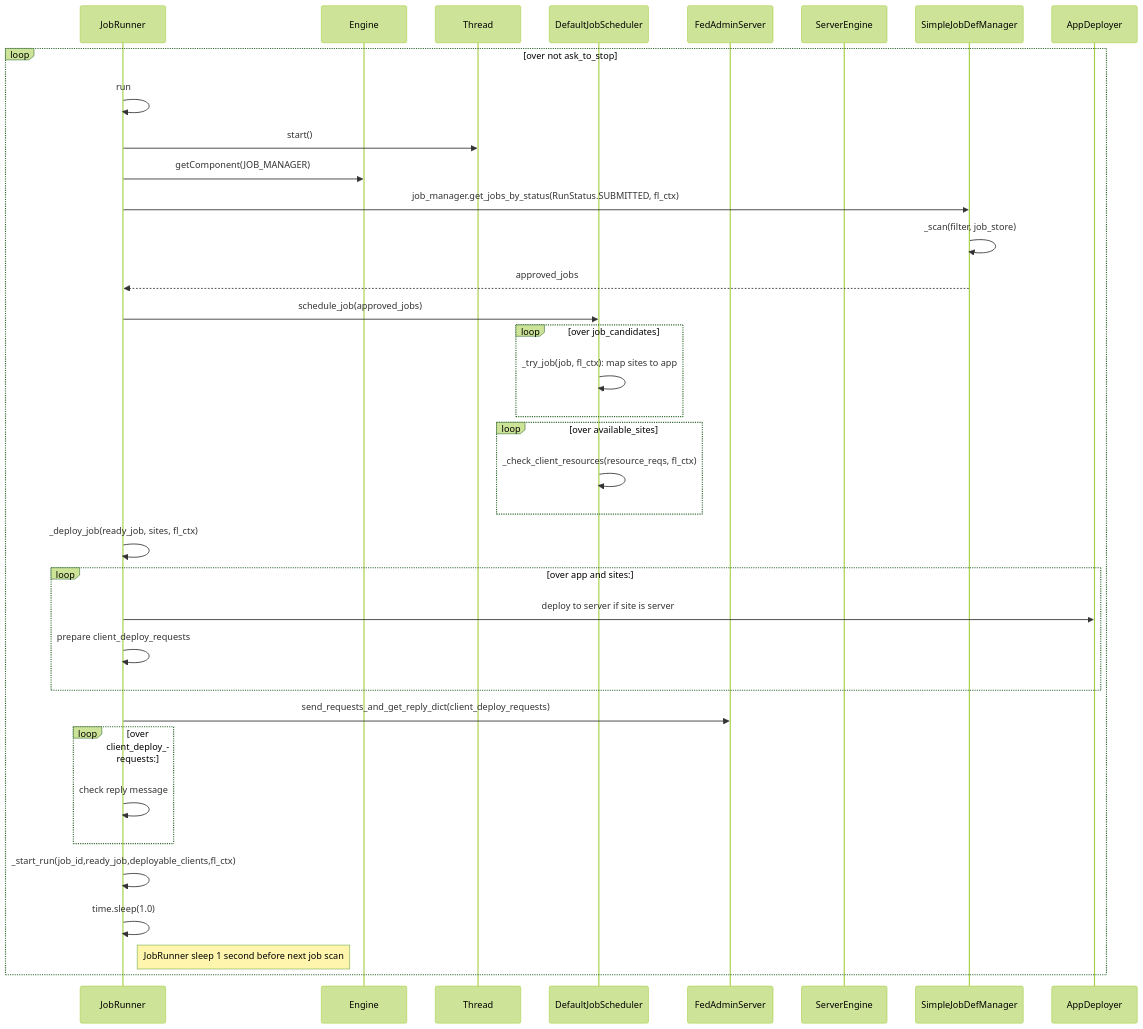
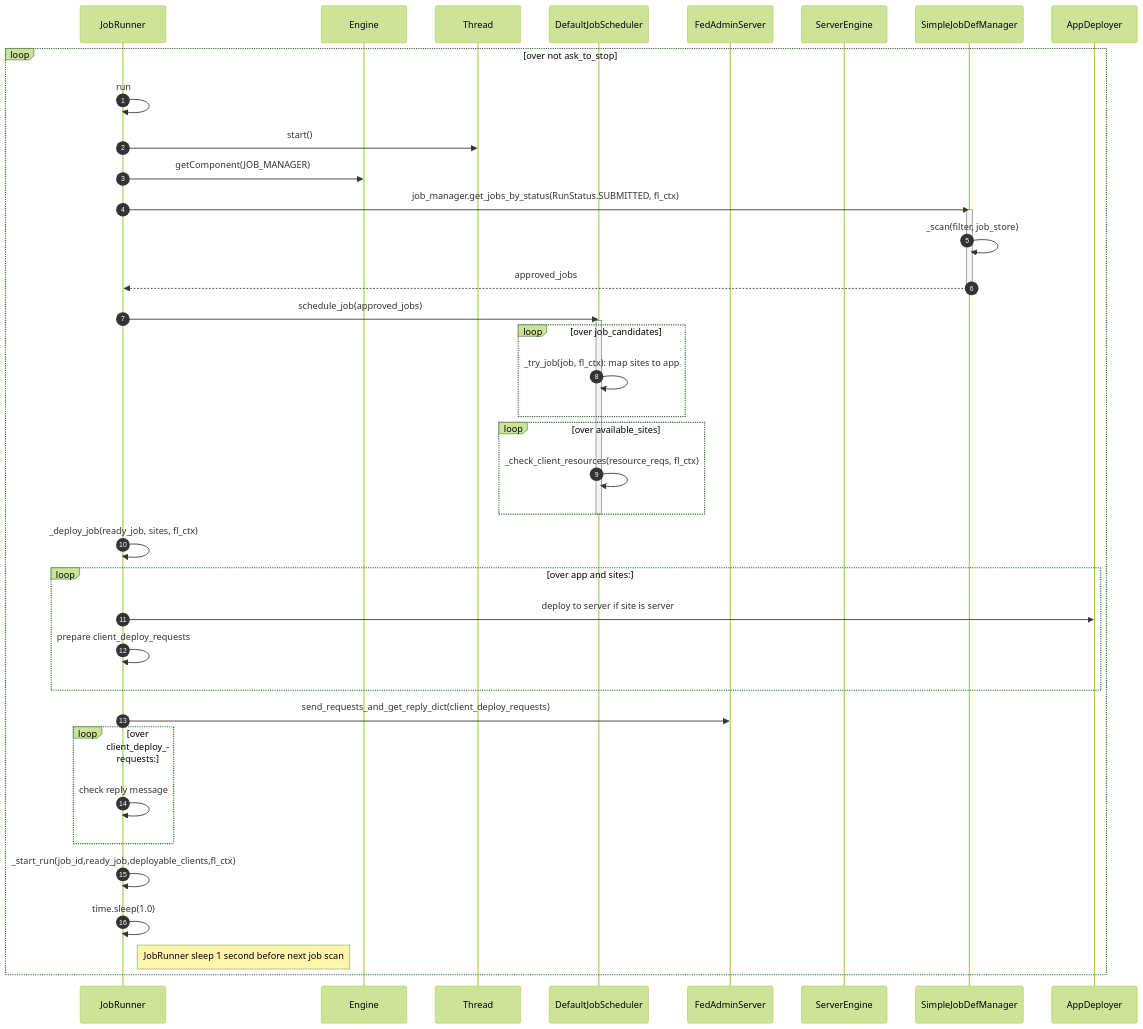
One commit to hitesh-ag1/NVFlare changed the eighth of 16 diagrams in docs/system_state_and_flow/system_workflow.md. Above: the diagram before and after it, drawn with Mermaid (forest theme). The commit also changed other lines of this file, not shown here.

````diff
--- a/docs/system_state_and_flow/system_workflow.md
+++ b/docs/system_state_and_flow/system_workflow.md
@@ -223,42 +245,48 @@
 ```mermaid
 sequenceDiagram
+    autonumber
     participant JobRunner
     participant Engine
     participant Thread
     participant DefaultJobScheduler
     participant FedAdminServer
     participant ServerEngine
     
     loop over not ask_to_stop
         JobRunner ->> JobRunner : run
         JobRunner ->> Thread : start()
         JobRunner ->> Engine : getComponent(JOB_MANAGER)
         JobRunner ->> SimpleJobDefManager: job_manager.get_jobs_by_status(RunStatus.SUBMITTED, fl_ctx)
+        activate SimpleJobDefManager
         SimpleJobDefManager ->> SimpleJobDefManager: _scan(filter, job_store)
         SimpleJobDefManager -->> JobRunner: approved_jobs
+        deactivate SimpleJobDefManager
+        
         JobRunner ->> DefaultJobScheduler: schedule_job(approved_jobs)
+        activate DefaultJobScheduler
         loop over job_candidates
             DefaultJobScheduler ->> DefaultJobScheduler: _try_job(job, fl_ctx): map sites to app; 
         end
         loop over available_sites
             DefaultJobScheduler ->> DefaultJobScheduler: _check_client_resources(resource_reqs, fl_ctx)
         end 
+        deactivate DefaultJobScheduler
         
         JobRunner ->> JobRunner: _deploy_job(ready_job, sites, fl_ctx)
         loop over app and sites: 
             JobRunner ->> AppDeployer: deploy to server if site is server 
             JobRunner ->> JobRunner: prepare client_deploy_requests
         end
         JobRunner ->> FedAdminServer: send_requests_and_get_reply_dict(client_deploy_requests)
 
         loop over client_deploy_requests: 
             JobRunner ->> JobRunner : check reply message
         end
         
         JobRunner ->> JobRunner: _start_run(job_id,ready_job,deployable_clients,fl_ctx)
         JobRunner ->> JobRunner:  time.sleep(1.0)
         note right of JobRunner: JobRunner sleep 1 second before next job scan 
     end
     
     
 ```
````
